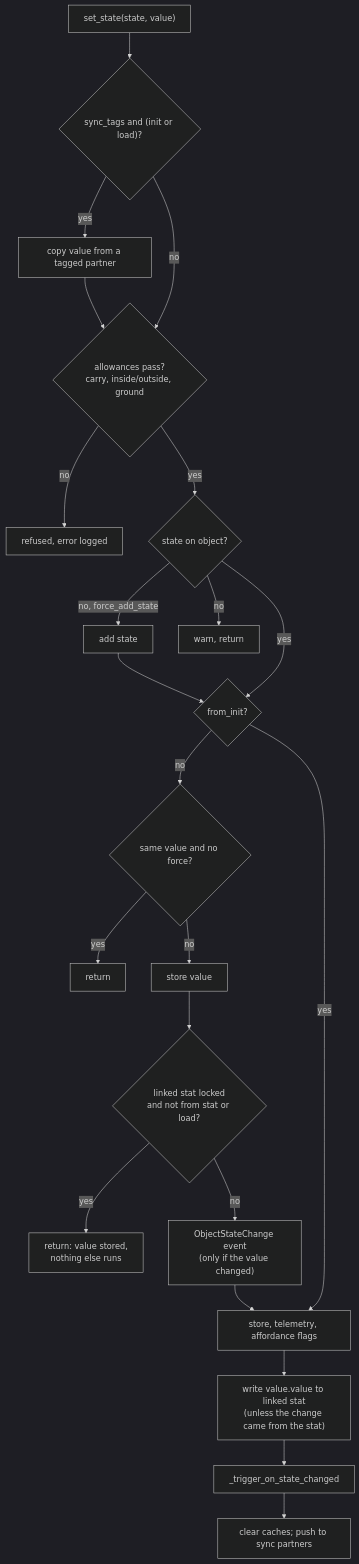
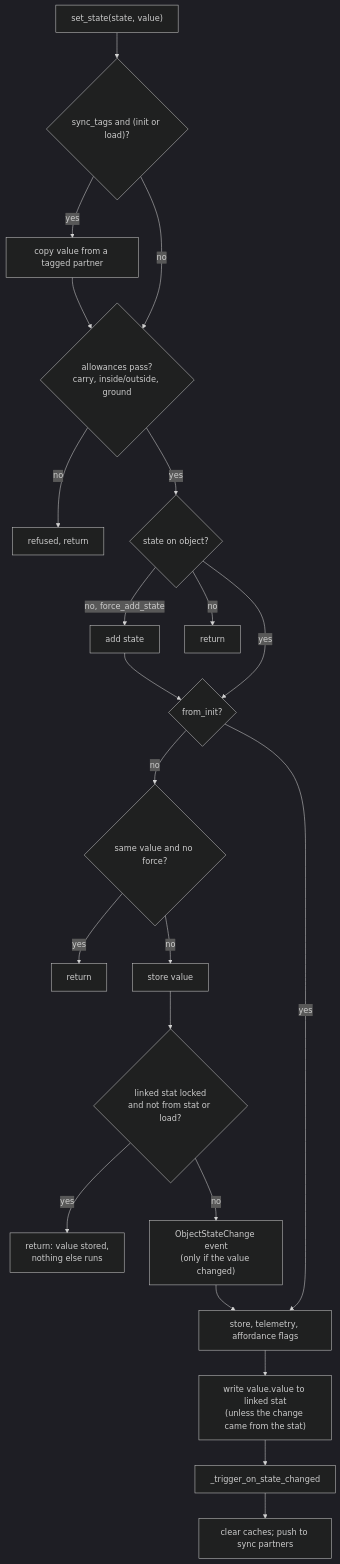
Before and after one commit to sudo-ezekiel/how-the-sims-4-works: the first of 4 diagrams in src/2.02-objects-states-wear.md, drawn with Mermaid (dark theme). The commit also changed other lines of this file and 60 other files, not shown here.

````diff
--- a/src/2.02-objects-states-wear.md
+++ b/src/2.02-objects-states-wear.md
@@ -102,21 +105,21 @@
 ```mermaid
 flowchart TD
   A["set_state(state, value)"] --> B{"sync_tags and (init or load)?"}
   B -->|yes| B1["copy value from a tagged partner"] --> C
   B -->|no| C{"allowances pass?<br/>carry, inside/outside, ground"}
-  C -->|no| X["refused, error logged"]
+  C -->|no| X["refused, return"]
   C -->|yes| D{"state on object?"}
   D -->|no, force_add_state| D1["add state"] --> E
-  D -->|no| X2["warn, return"]
+  D -->|no| X2["return"]
   D -->|yes| E{"from_init?"}
   E -->|no| F{"same value and no force?"}
   F -->|yes| R["return"]
   F -->|no| G["store value"] --> H{"linked stat locked<br/>and not from stat or load?"}
   H -->|yes| R2["return: value stored,<br/>nothing else runs"]
   H -->|no| I["ObjectStateChange event<br/>(only if the value changed)"]
   E -->|yes| J
   I --> J["store, telemetry, affordance flags"]
   J --> K["write value.value to linked stat<br/>(unless the change came from the stat)"]
   K --> L["_trigger_on_state_changed"]
   L --> M["clear caches; push to sync partners"]
 ```
````
